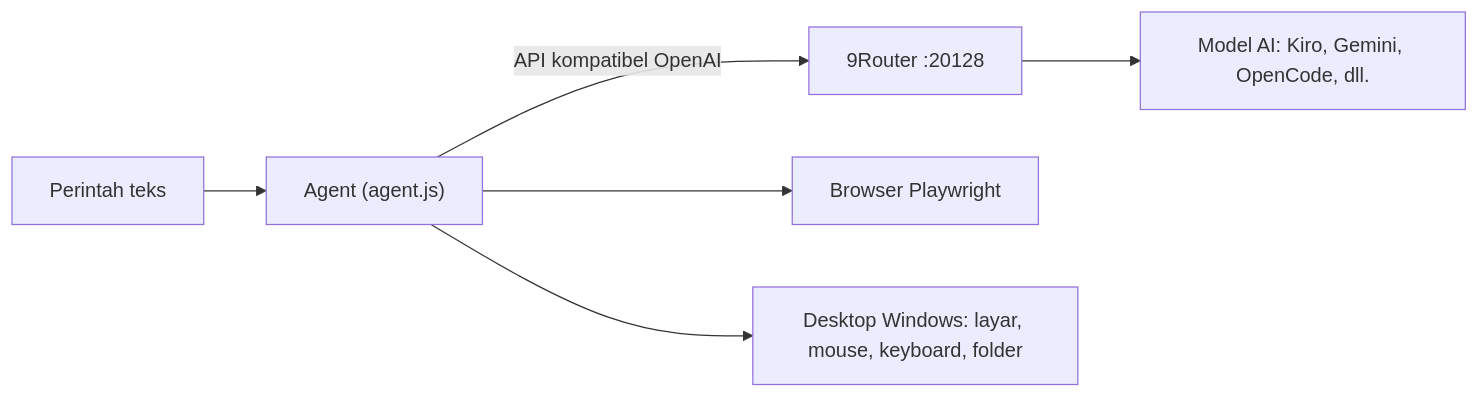
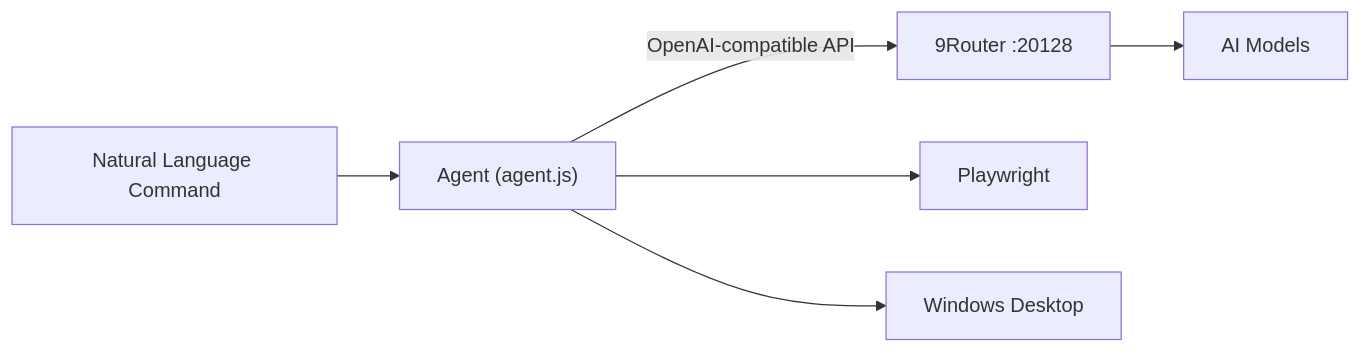
The diagram in README.md (unkownBrown/AgentAutomation), drawn with Mermaid before and after one commit. The commit also changed other lines of this file, not shown here.

````diff
--- a/README.md
+++ b/README.md
@@ -38,8 +40,8 @@
 ```mermaid
 flowchart LR
-    U["Perintah teks"] --> A["Agent (agent.js)"]
-    A -->|"API kompatibel OpenAI"| R["9Router :20128"]
-    R --> M["Model AI: Kiro, Gemini, OpenCode, dll."]
-    A --> B["Browser Playwright"]
-    A --> D["Desktop Windows: layar, mouse, keyboard, folder"]
+    U["Natural Language Command"] --> A["Agent (agent.js)"]
+    A -->|"OpenAI-compatible API"| R["9Router :20128"]
+    R --> M["AI Models"]
+    A --> B["Playwright"]
+    A --> D["Windows Desktop"]
 ```
````
